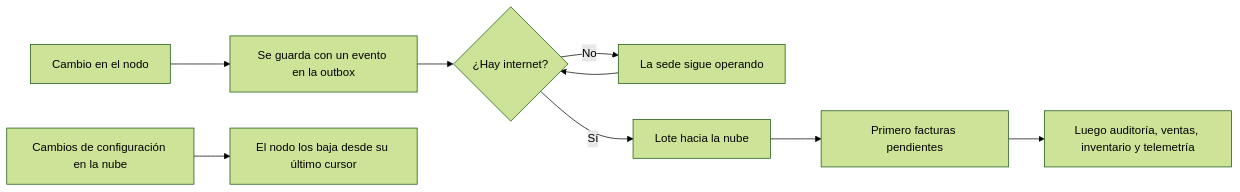
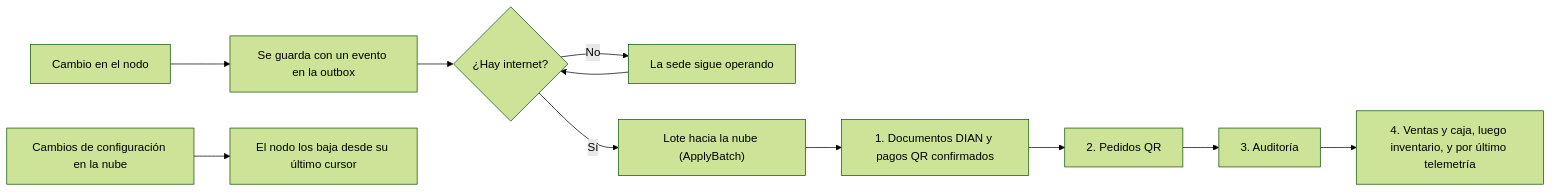
Before and after one commit to CesarJOtizM/blackHole: the sixth of 6 diagrams in docs/flujos/m0-plataforma.md, drawn with Mermaid (forest theme). The commit also changed other lines of this file and 159 other files, not shown here.

````diff
--- a/docs/flujos/m0-plataforma.md
+++ b/docs/flujos/m0-plataforma.md
@@ -138,11 +154,13 @@
 ```mermaid
 flowchart LR
   A["Cambio en el nodo"] --> B["Se guarda con un evento en la outbox"]
   B --> C{"¿Hay internet?"}
   C -->|No| D["La sede sigue operando"]
   D --> C
-  C -->|Sí| E["Lote hacia la nube"]
-  E --> F["Primero facturas pendientes"]
-  F --> G["Luego auditoría, ventas, inventario y telemetría"]
+  C -->|Sí| E["Lote hacia la nube (ApplyBatch)"]
+  E --> F["1. Documentos DIAN y pagos QR confirmados"]
+  F --> G["2. Pedidos QR"]
+  G --> J["3. Auditoría"]
+  J --> K["4. Ventas y caja, luego inventario, y por último telemetría"]
   H["Cambios de configuración en la nube"] --> I["El nodo los baja desde su último cursor"]
 ```
````
